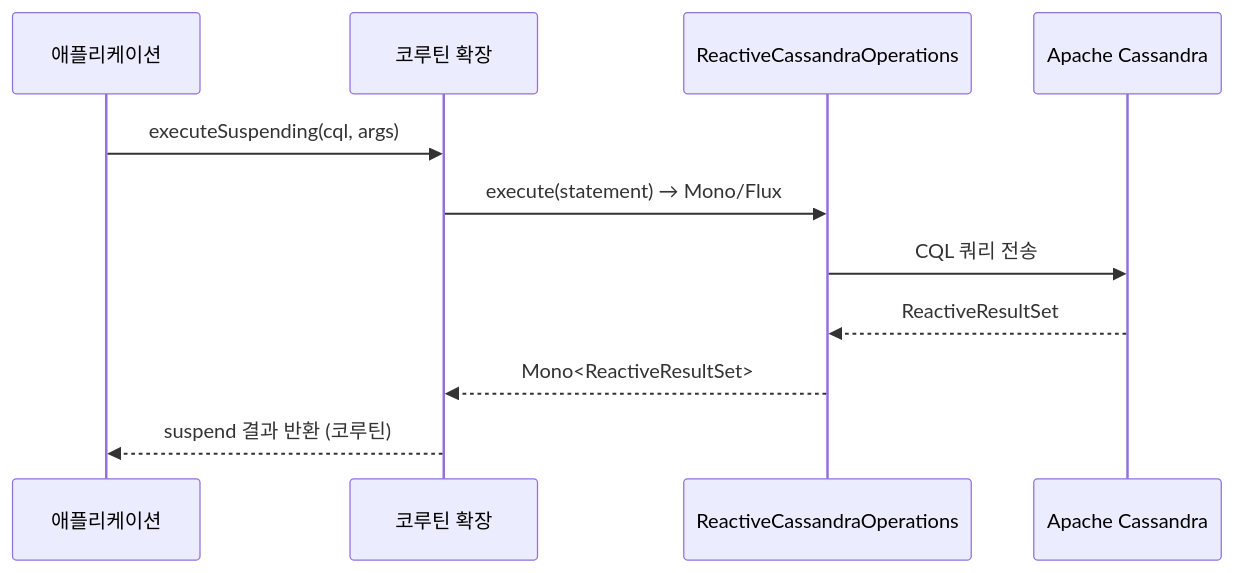
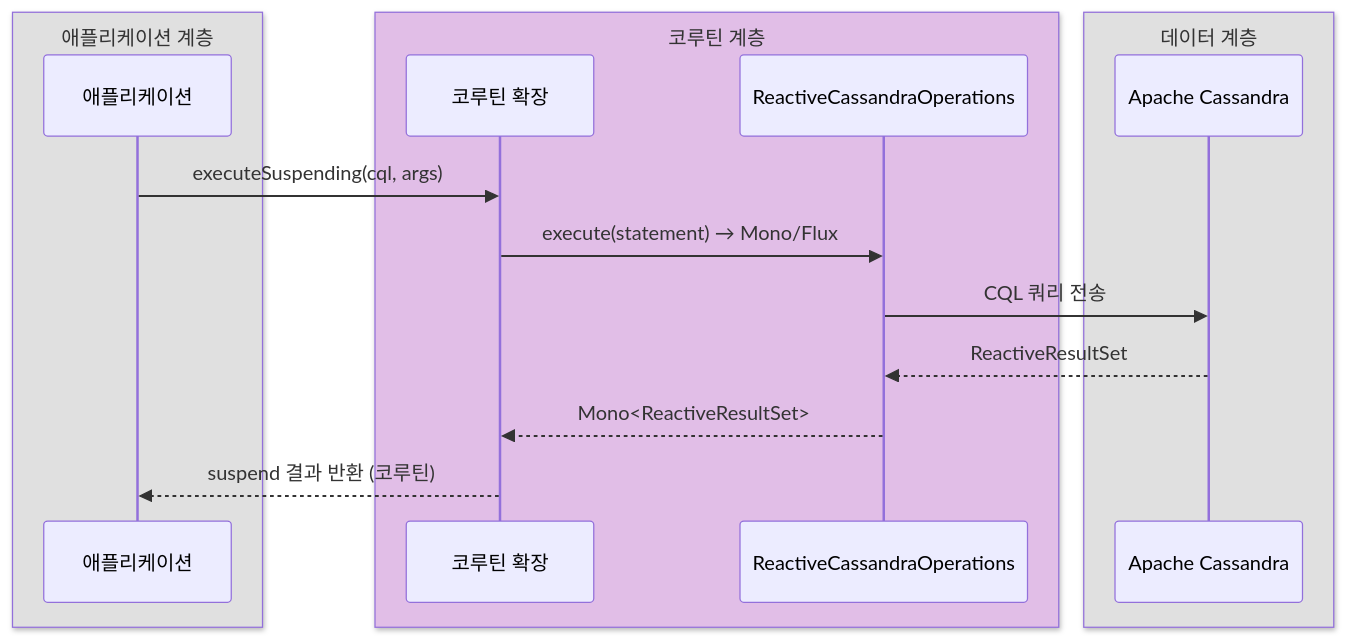
Before and after one commit to bluetape4k/bluetape4k-projects: the third of 3 diagrams in spring-boot4/cassandra/README.ko.md, drawn with Mermaid. The commit also changed other lines of this file and 221 other files, not shown here.

First line of the commit message:
docs: 전체 모듈 README UML 다이어그램 보강 및 색상 업그레이드

````diff
--- a/spring-boot4/cassandra/README.ko.md
+++ b/spring-boot4/cassandra/README.ko.md
@@ -132,14 +153,20 @@
 ```mermaid
 sequenceDiagram
-    participant App as 애플리케이션
-    participant Ext as 코루틴 확장
-    participant Ops as ReactiveCassandraOperations
-    participant DB as Apache Cassandra
+    box rgb(224,224,224) 애플리케이션 계층
+        participant App as 애플리케이션
+    end
+    box rgb(225,190,231) 코루틴 계층
+        participant Ext as 코루틴 확장
+        participant Ops as ReactiveCassandraOperations
+    end
+    box rgb(224,224,224) 데이터 계층
+        participant DB as Apache Cassandra
+    end
 
     App->>Ext: executeSuspending(cql, args)
     Ext->>Ops: execute(statement) → Mono/Flux
     Ops->>DB: CQL 쿼리 전송
     DB-->>Ops: ReactiveResultSet
     Ops-->>Ext: Mono<ReactiveResultSet>
     Ext-->>App: suspend 결과 반환 (코루틴)
 ```
````
